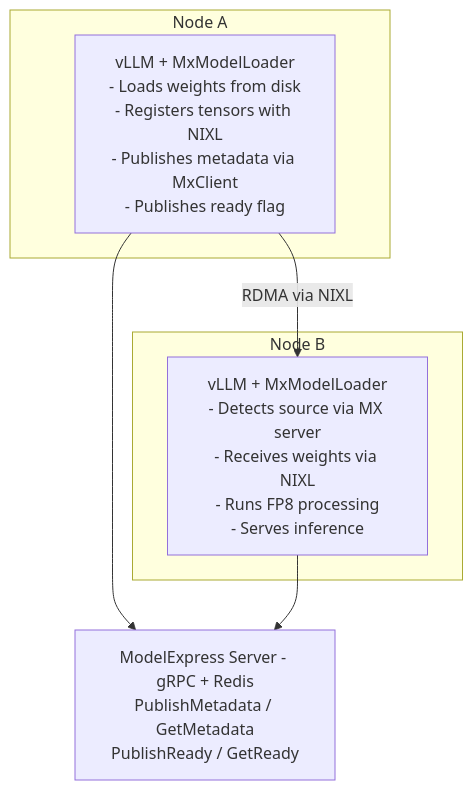
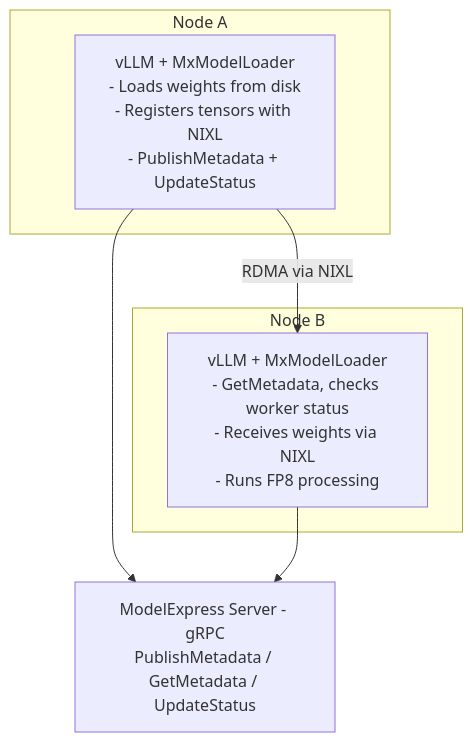
Before and after one commit to ai-dynamo/modelexpress: the diagram in examples/p2p_transfer_k8s/README.md, drawn with Mermaid. The commit also changed other lines of this file and 26 other files, not shown here.

First line of the commit message:
feat: simplify metadata schema and fix Kubernetes backend patch conflicts

````diff
--- a/examples/p2p_transfer_k8s/README.md
+++ b/examples/p2p_transfer_k8s/README.md
@@ -7,13 +7,13 @@
 ```mermaid
 graph TD
     subgraph "Node A"
-        A[vLLM + MxModelLoader<br/>- Loads weights from disk<br/>- Registers tensors with NIXL<br/>- Publishes metadata via MxClient<br/>- Publishes ready flag]
+        A[vLLM + MxModelLoader<br/>- Loads weights from disk<br/>- Registers tensors with NIXL<br/>- PublishMetadata + UpdateStatus]
     end
     subgraph "Node B"
-        B[vLLM + MxModelLoader<br/>- Detects source via MX server<br/>- Receives weights via NIXL<br/>- Runs FP8 processing<br/>- Serves inference]
+        B[vLLM + MxModelLoader<br/>- GetMetadata, checks worker status<br/>- Receives weights via NIXL<br/>- Runs FP8 processing]
     end
     A -- "RDMA via NIXL" --> B
     A --> S
     B --> S
-    S[ModelExpress Server - gRPC + Redis<br/>PublishMetadata / GetMetadata<br/>PublishReady / GetReady]
+    S[ModelExpress Server - gRPC<br/>PublishMetadata / GetMetadata / UpdateStatus]
 ```
````
